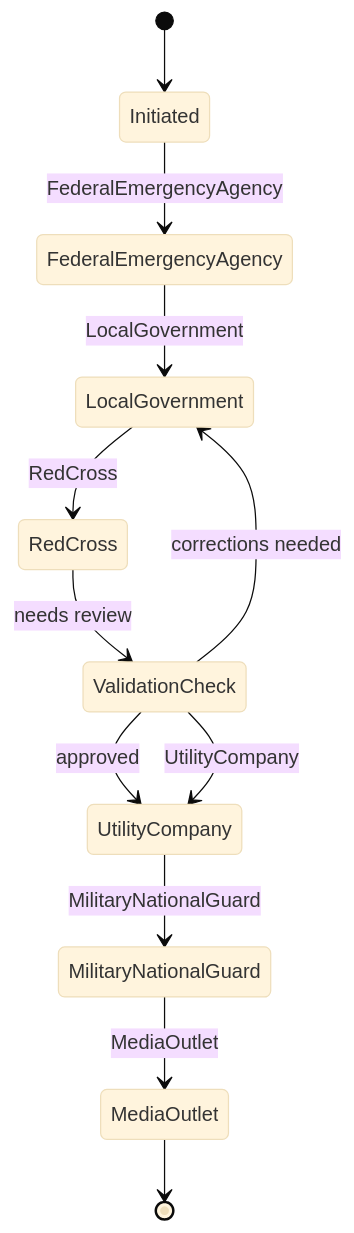
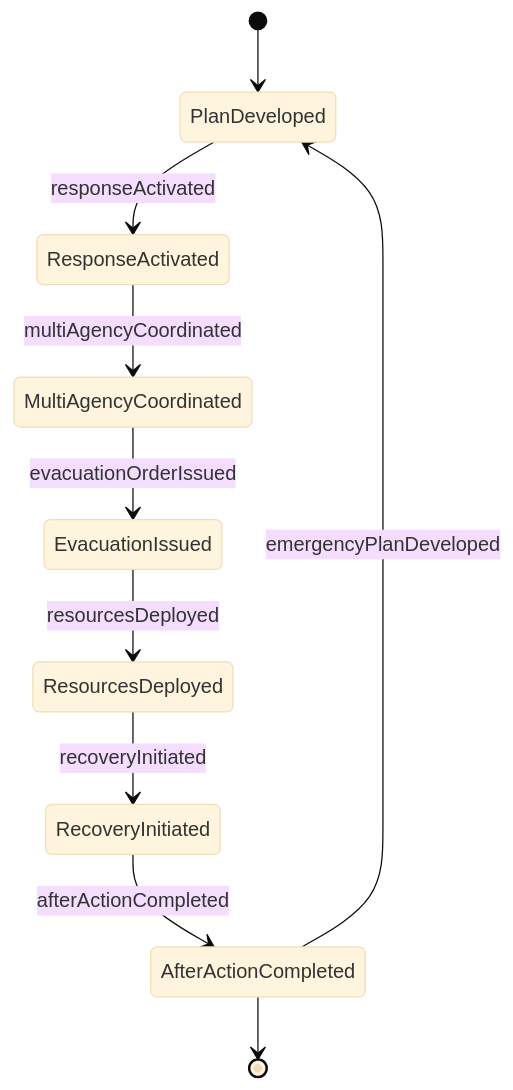
One commit to dot-org-ai/tasks.org.ai changed the second of 4 diagrams in GuidingDirectingAndMotivatingSubordinates/DirectSecurityOrSafetyActivitiesOrOperations/DirectEmergencyManagementActivities.mdx. Above: the diagram before and after it, drawn with Mermaid (base theme). The commit also changed other lines of this file and 515 other files, not shown here.

````diff
--- a/GuidingDirectingAndMotivatingSubordinates/DirectSecurityOrSafetyActivitiesOrOperations/DirectEmergencyManagementActivities.mdx
+++ b/GuidingDirectingAndMotivatingSubordinates/DirectSecurityOrSafetyActivitiesOrOperations/DirectEmergencyManagementActivities.mdx
@@ -102,14 +104,12 @@
 ```mermaid
 stateDiagram-v2
-    [*] --> Initiated
-    Initiated --> FederalEmergencyAgency: FederalEmergencyAgency
-    FederalEmergencyAgency --> LocalGovernment: LocalGovernment
-    LocalGovernment --> RedCross: RedCross
-    RedCross --> ValidationCheck: needs review
-    ValidationCheck --> LocalGovernment: corrections needed
-    ValidationCheck --> UtilityCompany: approved
-    ValidationCheck --> UtilityCompany: UtilityCompany
-    UtilityCompany --> MilitaryNationalGuard: MilitaryNationalGuard
-    MilitaryNationalGuard --> MediaOutlet: MediaOutlet
-    MediaOutlet --> [*]
+    [*] --> PlanDeveloped
+    PlanDeveloped --> ResponseActivated : responseActivated
+    ResponseActivated --> MultiAgencyCoordinated : multiAgencyCoordinated
+    MultiAgencyCoordinated --> EvacuationIssued : evacuationOrderIssued
+    EvacuationIssued --> ResourcesDeployed : resourcesDeployed
+    ResourcesDeployed --> RecoveryInitiated : recoveryInitiated
+    RecoveryInitiated --> AfterActionCompleted : afterActionCompleted
+    AfterActionCompleted --> PlanDeveloped : emergencyPlanDeveloped
+    AfterActionCompleted --> [*]
 ```
````
